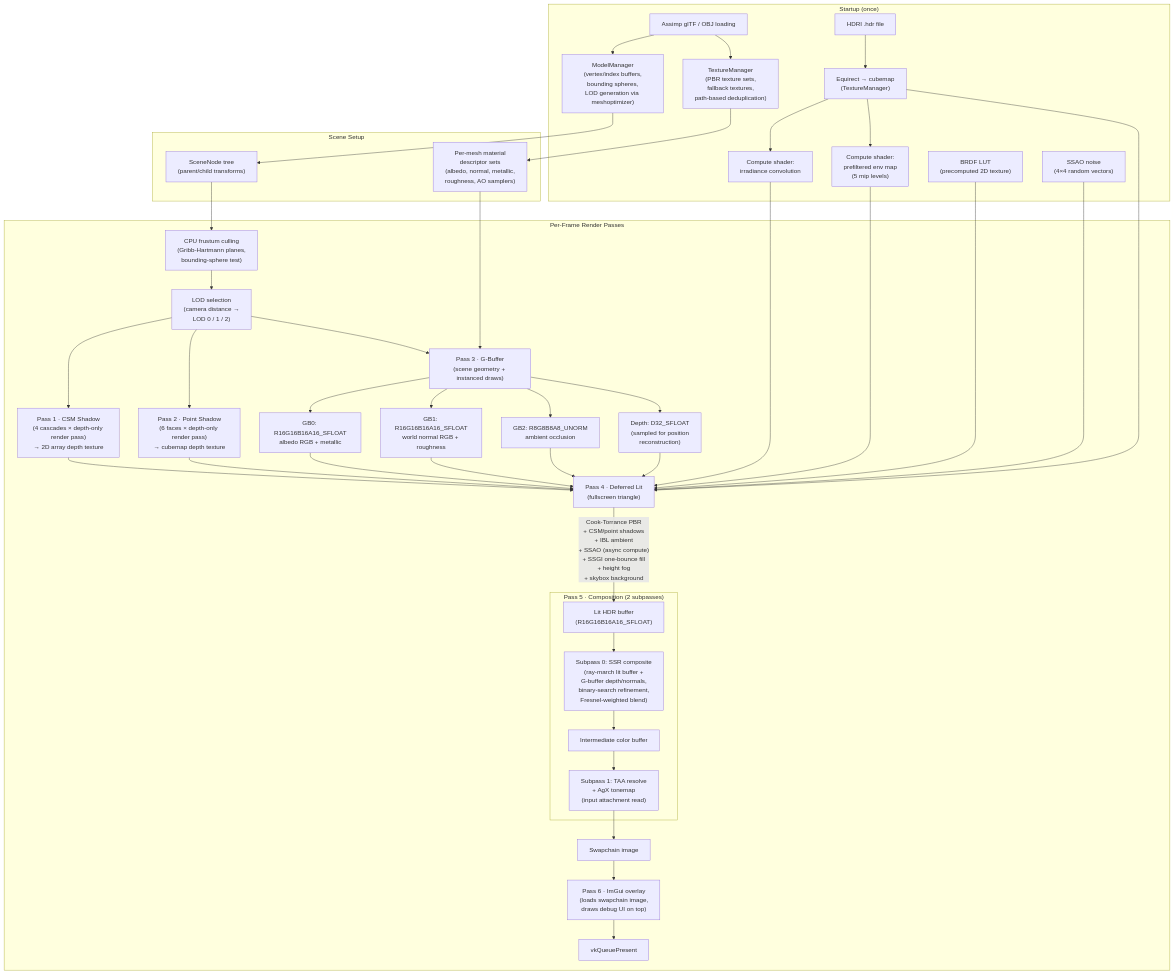
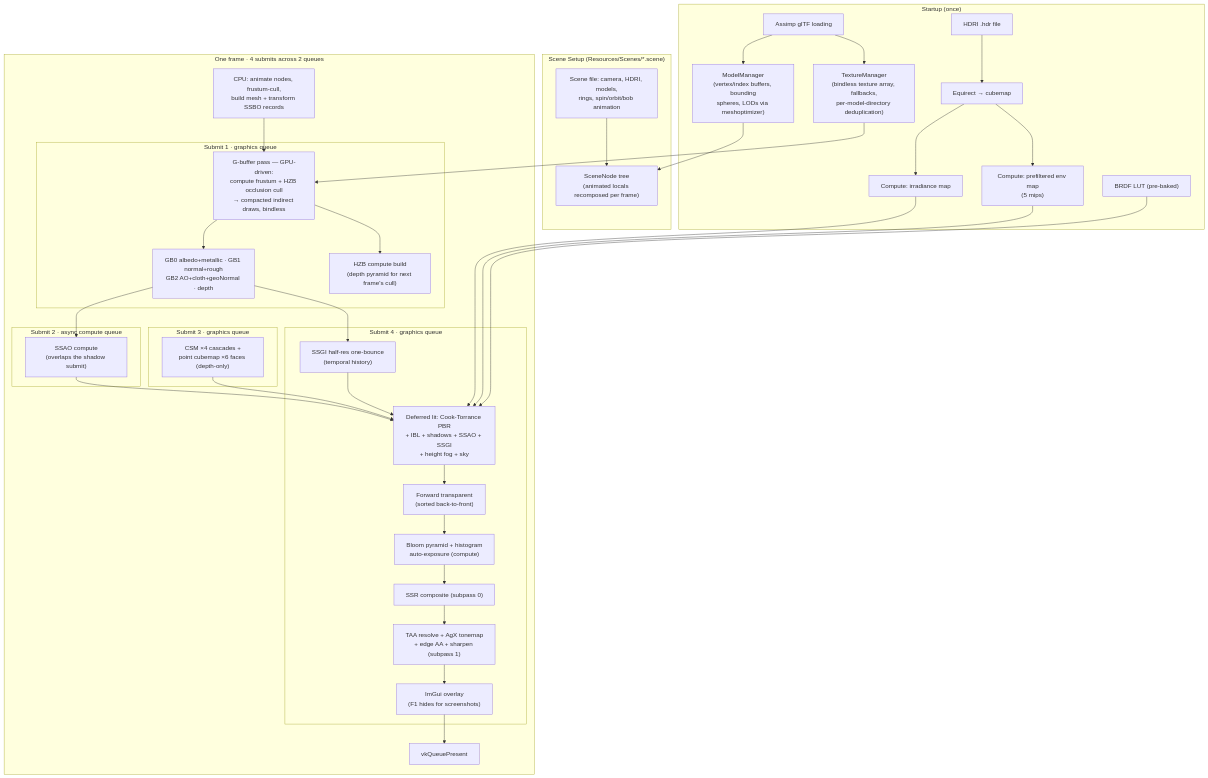
One commit to Wint3rNight/Renderer changed the diagram in README.md. Above: the diagram before and after it, drawn with Mermaid. The commit also changed other lines of this file, not shown here.

Commit message:
Refresh README: scene-driven demo intro, accurate 4-submit frame diagram
The old diagram showed the pre-GPU-driven pipeline (CPU-only culling,
shadows before G-buffer, no HZB/SSGI/bloom/auto-exposure/transparent or
async compute). The new one mirrors the actual frame: 4 submits across
2 queues with timeline-semaphore edges. Also drop the deleted
IMPLEMENTATION_NOTES.md from the repository layout.

````diff
--- a/README.md
+++ b/README.md
@@ -11,58 +11,53 @@
 ```mermaid
 flowchart TD
     subgraph STARTUP ["Startup (once)"]
-        A["Assimp glTF / OBJ loading"] --> B["ModelManager\n(vertex/index buffers,\nbounding spheres,\nLOD generation via meshoptimizer)"]
-        A --> C["TextureManager\n(PBR texture sets,\nfallback textures,\npath-based deduplication)"]
-        H["HDRI .hdr file"] --> SKY["Equirect → cubemap\n(TextureManager)"]
-        SKY --> IRR["Compute shader:\nirradiance convolution"]
-        SKY --> PRE["Compute shader:\nprefiltered env map\n(5 mip levels)"]
-        LUT["BRDF LUT\n(precomputed 2D texture)"]
-        NOISE["SSAO noise\n(4×4 random vectors)"]
+        A["Assimp glTF loading"] --> B["ModelManager\n(vertex/index buffers, bounding\nspheres, LODs via meshoptimizer)"]
+        A --> C["TextureManager\n(bindless texture array, fallbacks,\nper-model-directory deduplication)"]
+        H["HDRI .hdr file"] --> SKY["Equirect → cubemap"]
+        SKY --> IRR["Compute: irradiance map"]
+        SKY --> PRE["Compute: prefiltered env map\n(5 mips)"]
+        LUT["BRDF LUT (pre-baked)"]
     end
 
-    subgraph SCENE ["Scene Setup"]
-        B --> SG["SceneNode tree\n(parent/child transforms)"]
-        C --> MAT["Per-mesh material\ndescriptor sets\n(albedo, normal, metallic,\nroughness, AO samplers)"]
+    subgraph SCENE ["Scene Setup (Resources/Scenes/*.scene)"]
+        SF["Scene file: camera, HDRI, models,\nrings, spin/orbit/bob animation"] --> SG["SceneNode tree\n(animated locals recomposed per frame)"]
+        B --> SG
     end
 
-    subgraph FRAME ["Per-Frame Render Passes"]
-        SG --> CULL["CPU frustum culling\n(Gribb-Hartmann planes,\nbounding-sphere test)"]
-        CULL --> LOD["LOD selection\n(camera distance →\nLOD 0 / 1 / 2)"]
+    subgraph FRAME ["One frame · 4 submits across 2 queues"]
+        CPU["CPU: animate nodes, frustum-cull,\nbuild mesh + transform SSBO records"] --> GB
 
-        LOD --> CSM["Pass 1 · CSM Shadow\n(4 cascades × depth-only render pass)\n→ 2D array depth texture"]
-        LOD --> PT["Pass 2 · Point Shadow\n(6 faces × depth-only render pass)\n→ cubemap depth texture"]
-        LOD --> GB["Pass 3 · G-Buffer\n(scene geometry + instanced draws)"]
-
-        GB --> GB0["GB0: R16G16B16A16_SFLOAT\nalbedo RGB + metallic"]
-        GB --> GB1["GB1: R16G16B16A16_SFLOAT\nworld normal RGB + roughness"]
-        GB --> GB2["GB2: R8G8B8A8_UNORM\nambient occlusion"]
-        GB --> DEP["Depth: D32_SFLOAT\n(sampled for position\nreconstruction)"]
-
-        GB0 --> LIT["Pass 4 · Deferred Lit\n(fullscreen triangle)"]
-        GB1 --> LIT
-        GB2 --> LIT
-        DEP --> LIT
-        CSM --> LIT
-        PT --> LIT
-        IRR --> LIT
-        PRE --> LIT
-        LUT --> LIT
-        NOISE --> LIT
-        SKY --> LIT
-
-        LIT --> |"Cook-Torrance PBR\n+ CSM/point shadows\n+ IBL ambient\n+ SSAO (async compute)\n+ SSGI one-bounce fill\n+ height fog\n+ skybox background"| LITBUF["Lit HDR buffer\n(R16G16B16A16_SFLOAT)"]
-
-        subgraph COMP ["Pass 5 · Composition (2 subpasses)"]
-            LITBUF --> SSR["Subpass 0: SSR composite\n(ray-march lit buffer +\nG-buffer depth/normals,\nbinary-search refinement,\nFresnel-weighted blend)"]
-            SSR --> COLBUF["Intermediate color buffer"]
-            COLBUF --> TONE["Subpass 1: TAA resolve\n+ AgX tonemap\n(input attachment read)"]
+        subgraph SUB1 ["Submit 1 · graphics queue"]
+            GB["G-buffer pass — GPU-driven:\ncompute frustum + HZB occlusion cull\n→ compacted indirect draws, bindless"] --> GBUF["GB0 albedo+metallic · GB1 normal+rough\nGB2 AO+cloth+geoNormal · depth"]
+            GB --> HZB["HZB compute build\n(depth pyramid for next frame's cull)"]
         end
 
-        TONE --> SWAP["Swapchain image"]
+        subgraph SUB2 ["Submit 2 · async compute queue"]
+            SSAO["SSAO compute\n(overlaps the shadow submit)"]
+        end
 
-        SWAP --> IMGUI["Pass 6 · ImGui overlay\n(loads swapchain image,\ndraws debug UI on top)"]
+        subgraph SUB3 ["Submit 3 · graphics queue"]
+            SHADOW["CSM ×4 cascades +\npoint cubemap ×6 faces (depth-only)"]
+        end
+
+        subgraph SUB4 ["Submit 4 · graphics queue"]
+            SSGI["SSGI half-res one-bounce\n(temporal history)"] --> LIT["Deferred lit: Cook-Torrance PBR\n+ IBL + shadows + SSAO + SSGI\n+ height fog + sky"]
+            LIT --> TRANS["Forward transparent\n(sorted back-to-front)"]
+            TRANS --> BLOOM["Bloom pyramid + histogram\nauto-exposure (compute)"]
+            BLOOM --> SSR["SSR composite (subpass 0)"]
+            SSR --> TAA["TAA resolve + AgX tonemap\n+ edge AA + sharpen (subpass 1)"]
+            TAA --> IMGUI["ImGui overlay\n(F1 hides for screenshots)"]
+        end
+
+        GBUF --> SSAO
+        GBUF --> SSGI
+        SSAO --> LIT
+        SHADOW --> LIT
         IMGUI --> PRESENT["vkQueuePresent"]
     end
 
-    MAT --> GB
+    IRR --> LIT
+    PRE --> LIT
+    LUT --> LIT
+    C --> GB
 ```
````
